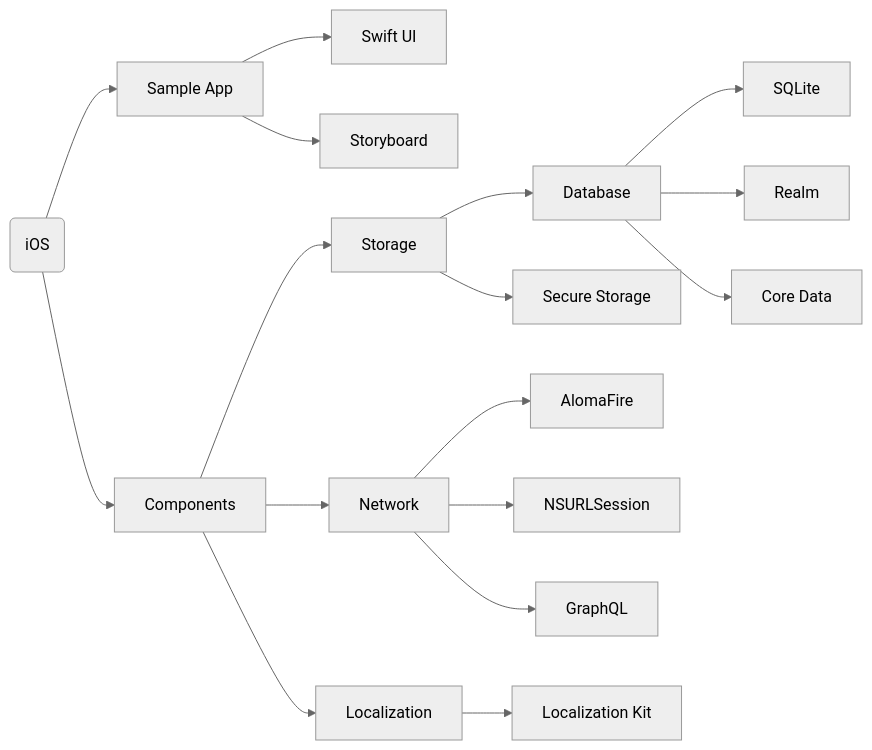
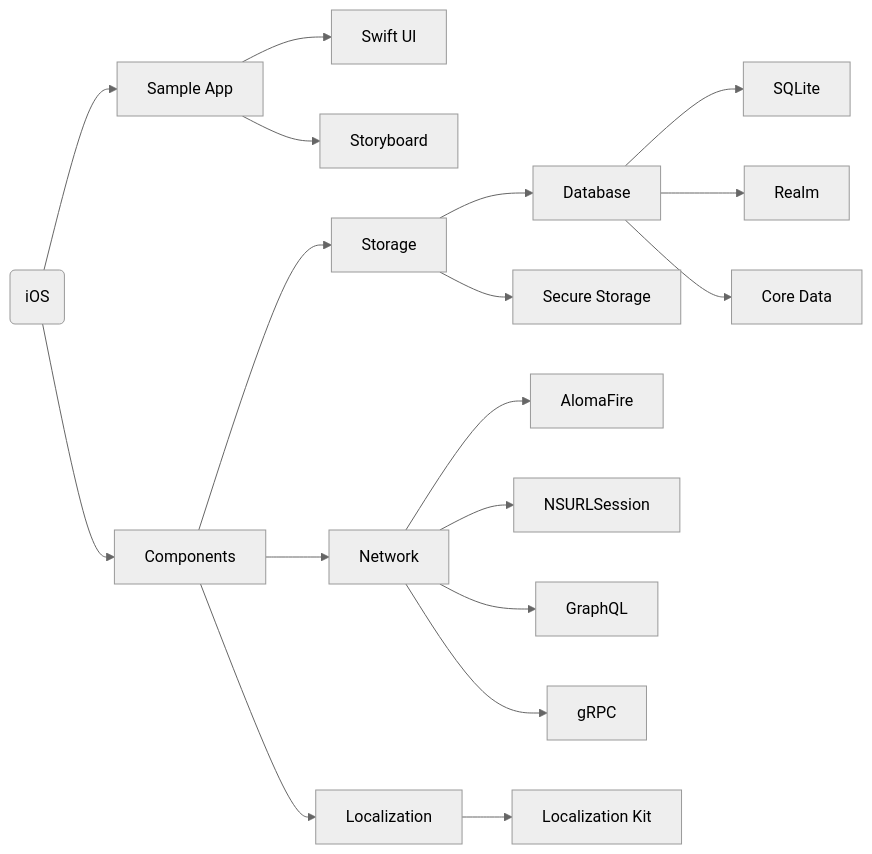
Before and after one commit to Packiaseelan/test: the diagram in README.md, drawn with Mermaid (neutral theme).

````diff
--- a/README.md
+++ b/README.md
@@ -3,29 +3,30 @@
 ```mermaid
 graph LR
 
 A(iOS)
 
 A --> B[Sample App]
 A --> C[Components]
 
 B --> B1[Swift UI]
 B --> B2[Storyboard]
 
 C --> C1[Storage]
 C --> C2[Network]
 C --> C3[Localization]
 
 C1 --> C11[Database]
 C1 --> C12[Secure Storage]
 
 C11 --> C111[SQLite]
 C11 --> C112[Realm]
 C11 --> C113[Core Data]
 
 C2 --> C21[AlomaFire]
 C2 --> C22[NSURLSession]
 C2 --> C23[GraphQL]
+C2 --> C24[gRPC]
 
 C3 --> C31[Localization Kit]
 
 ```
````
